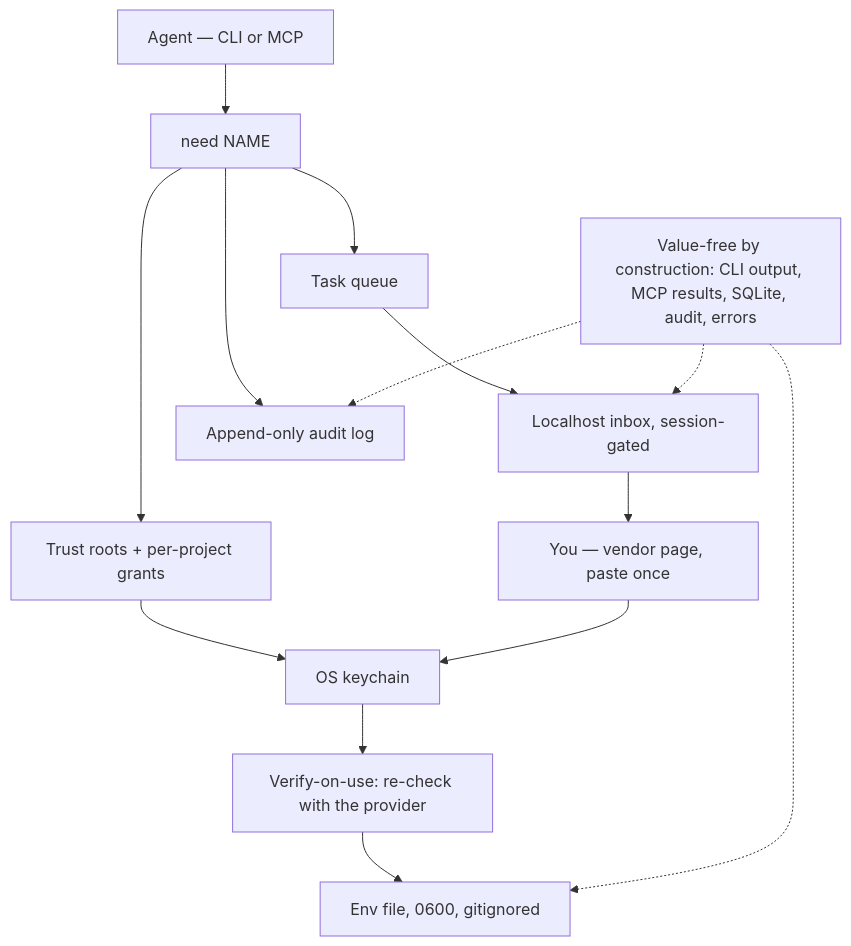
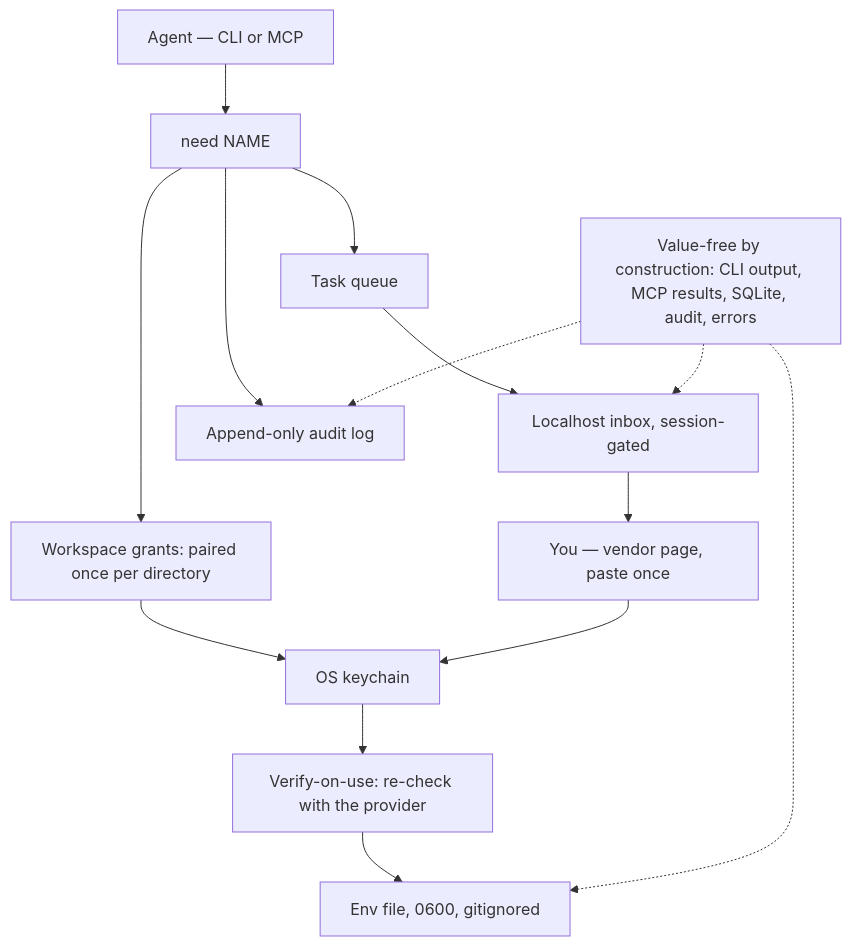
The second of 2 diagrams in README.md (kgarg2468/tokenstash), drawn with Mermaid before and after one commit. The commit also changed other lines of this file and 10 other files, not shown here.

Commit message:
trust v2 (PR C): docs review — README promise, run claim, diagram, refused dirs, upgrade section, CHANGELOG, versions; secrets_list scoped to the bound directory (§13.1 rule 11)

````diff
--- a/README.md
+++ b/README.md
@@ -86,16 +86,16 @@
 ```mermaid
 flowchart TD
   Agent["Agent — CLI or MCP"] --> Need["need NAME"]
-  Need --> Trust["Trust roots + per-project grants"]
+  Need --> Trust["Workspace grants: paired once per directory"]
   Trust --> Stash["OS keychain"]
   Stash --> Check["Verify-on-use: re-check with the provider"]
   Check --> Envfile["Env file, 0600, gitignored"]
   Need --> Tasks["Task queue"]
   Tasks --> Inbox["Localhost inbox, session-gated"]
   Inbox --> Human["You — vendor page, paste once"]
   Human --> Stash
   Need --> Audit["Append-only audit log"]
   Redact["Value-free by construction: CLI output, MCP results, SQLite, audit, errors"] -.-> Envfile
   Redact -.-> Audit
   Redact -.-> Inbox
 ```
````
